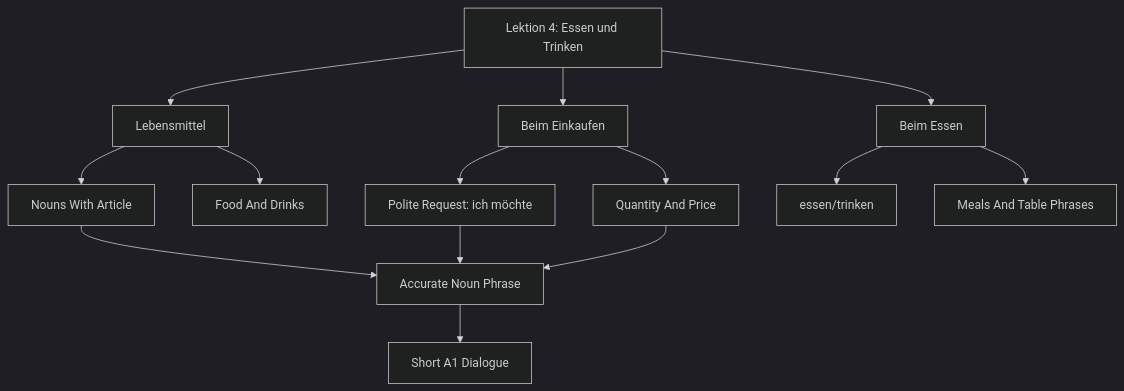
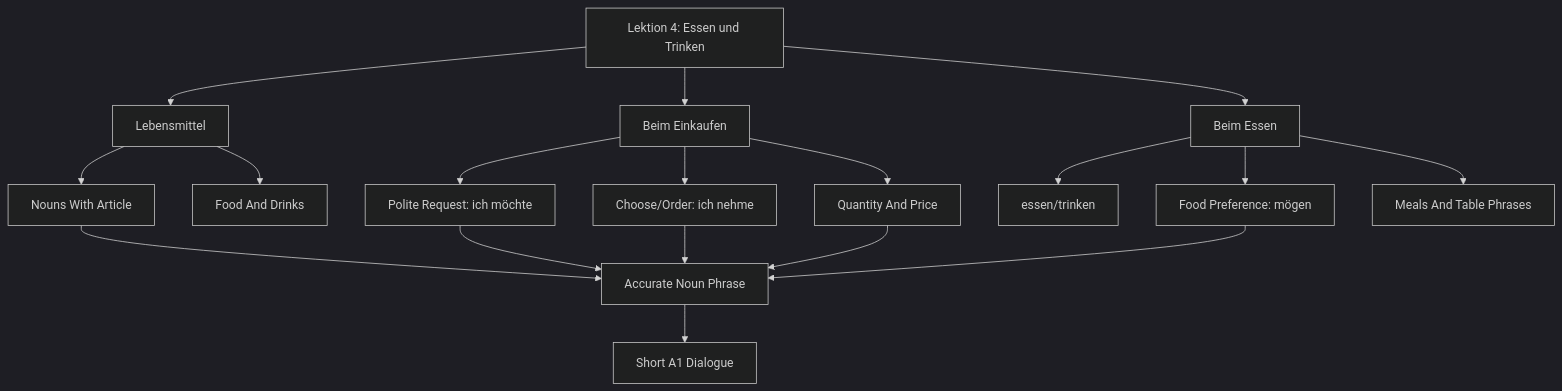
Before and after one commit to aerkn1/TUM-semester-2: the diagram in german-a1-1/wiki/lektion-04-food-drink-shopping-and-meals/lektion-04-food-drink-shopping-and-meals.md, drawn with Mermaid (dark theme). The commit also changed other lines of this file and 57 other files, not shown here.

````diff
--- a/german-a1-1/wiki/lektion-04-food-drink-shopping-and-meals/lektion-04-food-drink-shopping-and-meals.md
+++ b/german-a1-1/wiki/lektion-04-food-drink-shopping-and-meals/lektion-04-food-drink-shopping-and-meals.md
@@ -140,16 +175,20 @@
 ```mermaid
 flowchart TD
     A[Lektion 4: Essen und Trinken] --> B[Lebensmittel]
     A --> C[Beim Einkaufen]
     A --> D[Beim Essen]
     B --> E[Nouns With Article]
     B --> F[Food And Drinks]
     C --> G[Polite Request: ich möchte]
+    C --> M[Choose/Order: ich nehme]
     C --> H[Quantity And Price]
     D --> I[essen/trinken]
+    D --> N[Food Preference: mögen]
     D --> J[Meals And Table Phrases]
     E --> K[Accurate Noun Phrase]
     G --> K
+    M --> K
     H --> K
+    N --> K
     K --> L[Short A1 Dialogue]
 ```
````
